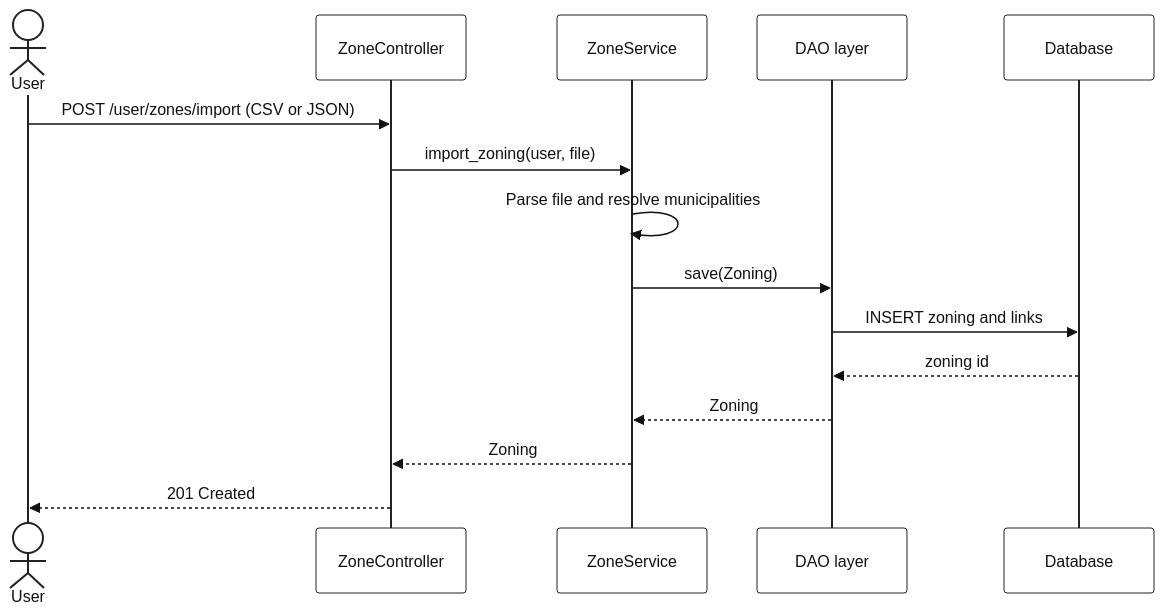
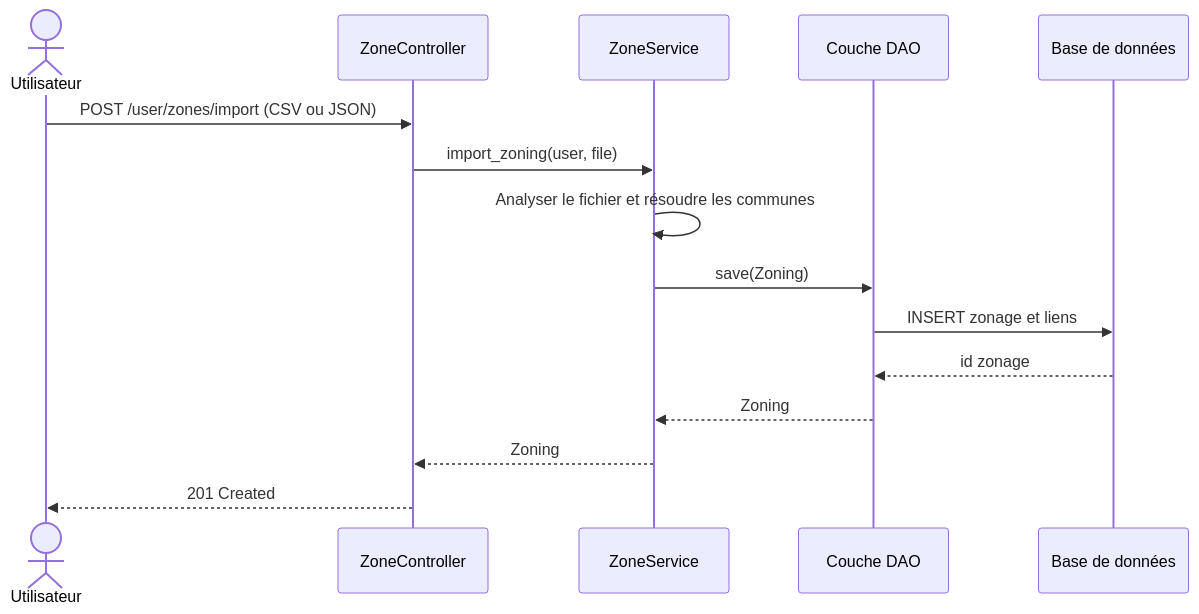
Before and after one commit to gabriel-dahan/ensai-it-project-2a-team12: the eighth of 8 diagrams in doc/sequence_diagram.md, drawn with Mermaid. The commit also changed other lines of this file and 29 other files, not shown here.

Commit message:
New diagrams & reporr

````diff
--- a/doc/sequence_diagram.md
+++ b/doc/sequence_diagram.md
@@ -464,52 +231,18 @@
 ```mermaid
-%%{
-  init: {
-    "theme": "base",
-    "themeVariables": {
-      "background": "#ffffff",
-      "mainBkg": "#ffffff",
-      "textColor": "#111111",
-      "primaryColor": "#ffffff",
-      "primaryTextColor": "#111111",
-      "primaryBorderColor": "#222222",
-      "secondaryColor": "#f3f4f6",
-      "tertiaryColor": "#ffffff",
-      "lineColor": "#222222",
-      "actorBkg": "#ffffff",
-      "actorBorder": "#222222",
-      "actorTextColor": "#111111",
-      "actorLineColor": "#222222",
-      "signalColor": "#111111",
-      "signalTextColor": "#111111",
-      "labelBoxBkgColor": "#ffffff",
-      "labelBoxBorderColor": "#222222",
-      "labelTextColor": "#111111",
-      "loopTextColor": "#111111",
-      "noteBkgColor": "#fff3cd",
-      "noteTextColor": "#111111",
-      "noteBorderColor": "#222222",
-      "activationBkgColor": "#e5e7eb",
-      "activationBorderColor": "#222222",
-      "sequenceNumberColor": "#ffffff",
-      "fontFamily": "arial",
-      "fontSize": "16px"
-    }
-  }
-}%%
 sequenceDiagram
-    actor User
+    actor User as Utilisateur
     participant Controller as ZoneController
     participant Service as ZoneService
-    participant DAO as DAO layer
-    participant DB as Database
+    participant DAO as Couche DAO
+    participant DB as Base de données
 
-    User->>Controller: POST /user/zones/import (CSV or JSON)
+    User->>Controller: POST /user/zones/import (CSV ou JSON)
     Controller->>Service: import_zoning(user, file)
-    Service->>Service: Parse file and resolve municipalities
+    Service->>Service: Analyser le fichier et résoudre les communes
     Service->>DAO: save(Zoning)
-    DAO->>DB: INSERT zoning and links
-    DB-->>DAO: zoning id
+    DAO->>DB: INSERT zonage et liens
+    DB-->>DAO: id zonage
     DAO-->>Service: Zoning
     Service-->>Controller: Zoning
     Controller-->>User: 201 Created
 ```
````
